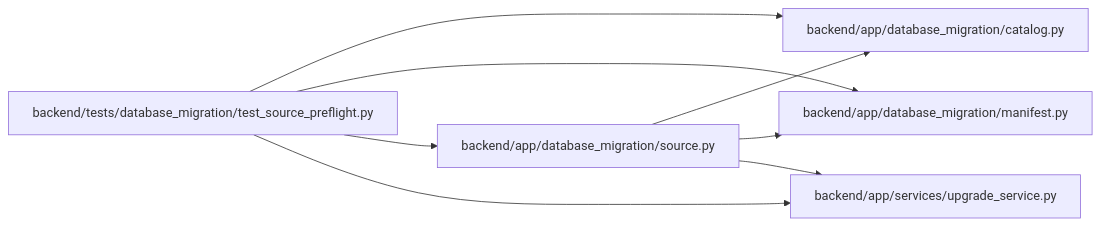
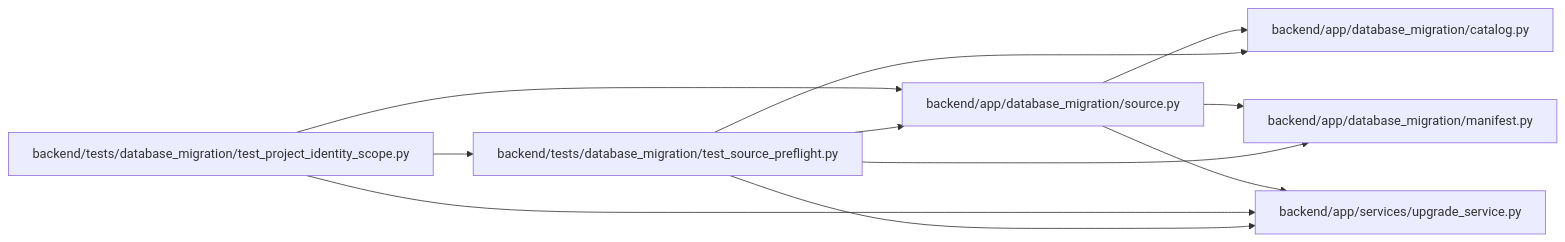
Before and after one commit to Denissvgn/WorkChord: the diagram in docs/llm_wiki/modules/test_source_preflight.md, drawn with Mermaid. The commit also changed other lines of this file and 10148 other files, not shown here.

````diff
--- a/docs/llm_wiki/modules/test_source_preflight.md
+++ b/docs/llm_wiki/modules/test_source_preflight.md
@@ -27,20 +27,25 @@
 ```mermaid
 flowchart LR
     n0["backend/app/database_migration/catalog.py"]
     n1["backend/app/database_migration/manifest.py"]
     n2["backend/app/database_migration/source.py"]
     n3["backend/app/services/upgrade_service.py"]
-    n4["backend/tests/database_migration/test_source_preflight.py"]
+    n4["backend/tests/database_migration/test_project_identity_scope.py"]
+    n5["backend/tests/database_migration/test_source_preflight.py"]
     n2 --> n0
     n2 --> n1
     n2 --> n3
-    n4 --> n0
-    n4 --> n1
     n4 --> n2
     n4 --> n3
+    n4 --> n5
+    n5 --> n0
+    n5 --> n1
+    n5 --> n2
+    n5 --> n3
     click n0 "../modules/catalog.md"
     click n1 "../modules/database_migration_manifest.md"
     click n2 "../modules/source.md"
     click n3 "../modules/upgrade_service.md"
-    click n4 "../modules/test_source_preflight.md"
+    click n4 "../modules/test_project_identity_scope.md"
+    click n5 "../modules/test_source_preflight.md"
 ```
````
